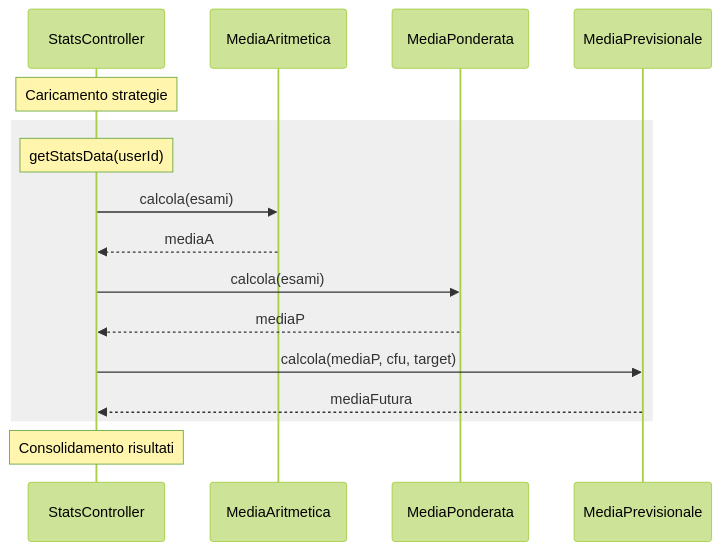
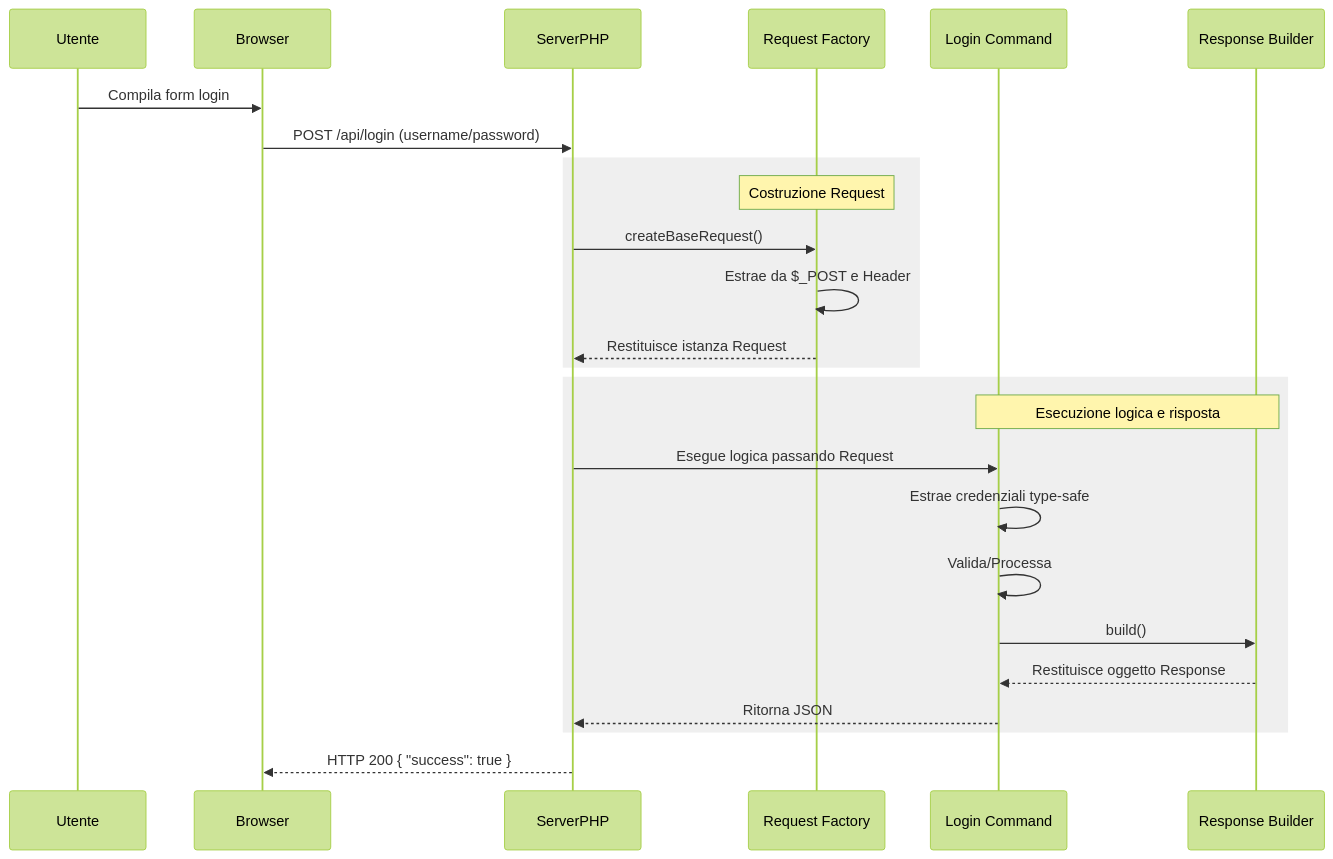
Diagram 15 of 26 in README.md (frankelfokou/Gestione-esami-universitari), drawn with Mermaid (forest theme) before and after one commit. The commit also changed other lines of this file, not shown here.

````diff
--- a/README.md
+++ b/README.md
@@ -1472,19 +676,31 @@
 ```mermaid
 sequenceDiagram
-    participant S as StatsController
-    participant MA as MediaAritmetica
-    participant MP as MediaPonderata
-    participant PREV as MediaPrevisionale
-  
-    Note over S: Caricamento strategie
+    participant Utente
+    participant Browser
+    participant ServerPHP
+    participant Factory as Request Factory
+    participant Command as Login Command
+    participant Builder as Response Builder
+
+    Utente->>Browser: Compila form login
+    Browser->>ServerPHP: POST /api/login (username/password)
+
     rect rgba(128, 128, 128, 0.13)
-    Note over S: getStatsData(userId)
-    S->>MA: calcola(esami)
-    MA-->>S: mediaA
-    S->>MP: calcola(esami)
-    MP-->>S: mediaP
-    S->>PREV: calcola(mediaP, cfu, target)
-    PREV-->>S: mediaFutura
+    Note over Factory: Costruzione Request
+    ServerPHP->>Factory: createBaseRequest()
+    Factory->>Factory: Estrae da $_POST e Header
+    Factory-->>ServerPHP: Restituisce istanza Request
     end
-    Note over S: Consolidamento risultati
+
+    rect rgba(128, 128, 128, 0.13)
+    Note over Command,Builder: Esecuzione logica e risposta
+    ServerPHP->>Command: Esegue logica passando Request
+    Command->>Command: Estrae credenziali type-safe
+    Command->>Command: Valida/Processa
+    Command->>Builder: build()
+    Builder-->>Command: Restituisce oggetto Response
+    Command-->>ServerPHP: Ritorna JSON
+    end
+
+    ServerPHP-->>Browser: HTTP 200 { "success": true }
 ```
````
